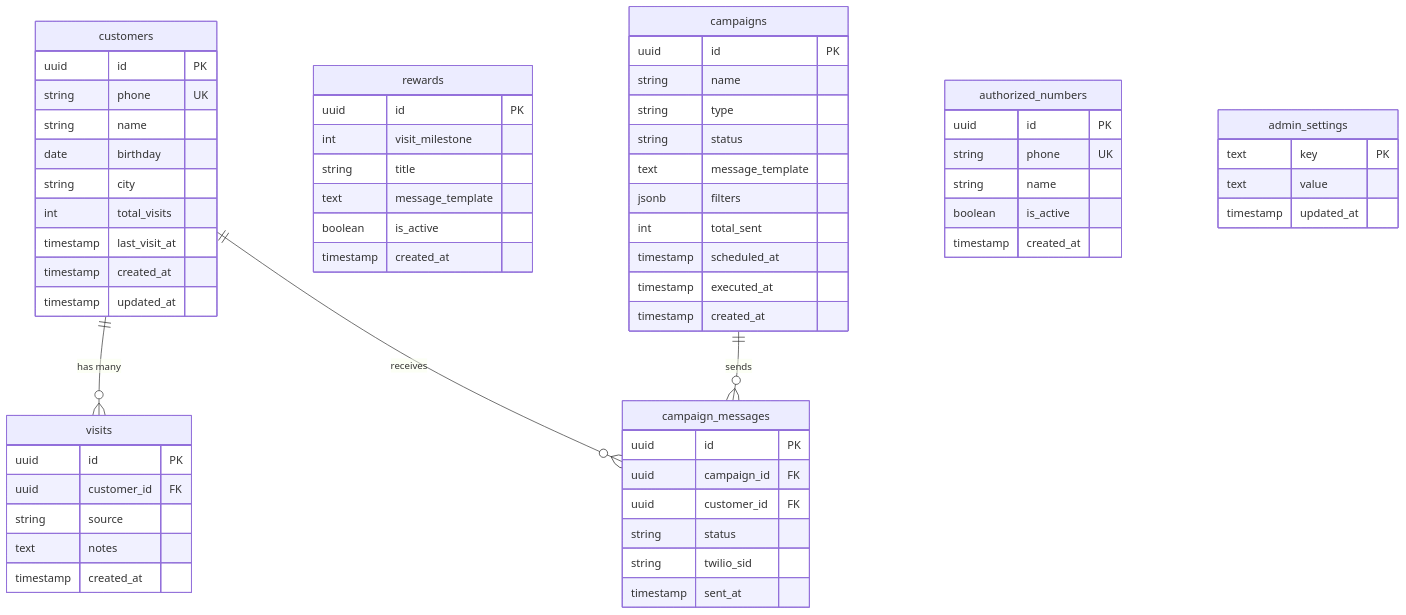
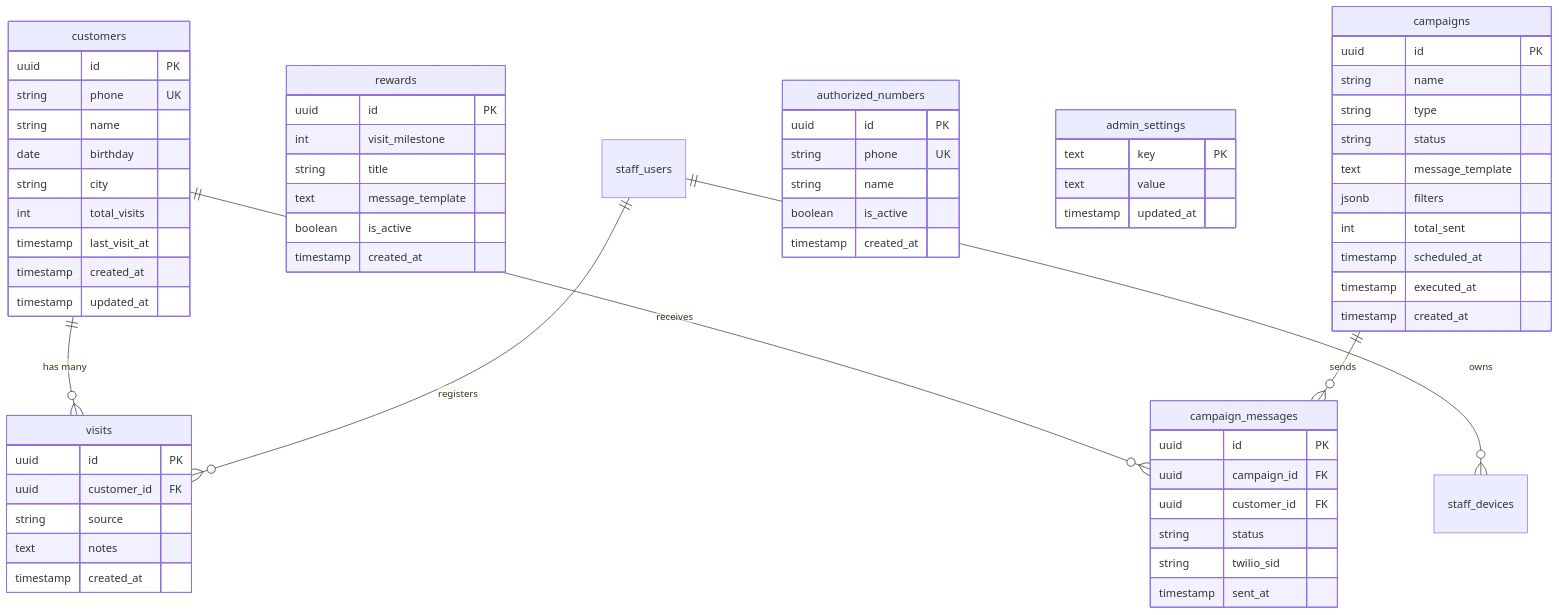
The diagram in docs/DB_SCHEMA.md (josemorenoso/SushiServiceFidelitySystem), drawn with Mermaid before and after one commit. The commit also changed other lines of this file and 28 other files, not shown here.

````diff
--- a/docs/DB_SCHEMA.md
+++ b/docs/DB_SCHEMA.md
@@ -10,74 +10,76 @@
 ```mermaid
 erDiagram
     %% Actualizar con cada nueva tabla
     %% Incluir relaciones FK
     
     customers {
         uuid id PK
         string phone UK
         string name
         date birthday
         string city
         int total_visits
         timestamp last_visit_at
         timestamp created_at
         timestamp updated_at
     }
 
     visits {
         uuid id PK
         uuid customer_id FK
         string source
         text notes
         timestamp created_at
     }
 
     rewards {
         uuid id PK
         int visit_milestone
         string title
         text message_template
         boolean is_active
         timestamp created_at
     }
 
     campaigns {
         uuid id PK
         string name
         string type
         string status
         text message_template
         jsonb filters
         int total_sent
         timestamp scheduled_at
         timestamp executed_at
         timestamp created_at
     }
 
     campaign_messages {
         uuid id PK
         uuid campaign_id FK
         uuid customer_id FK
         string status
         string twilio_sid
         timestamp sent_at
     }
 
     authorized_numbers {
         uuid id PK
         string phone UK
         string name
         boolean is_active
         timestamp created_at
     }
 
     admin_settings {
         text key PK
         text value
         timestamp updated_at
     }
 
     customers ||--o{ visits : "has many"
     customers ||--o{ campaign_messages : "receives"
     campaigns ||--o{ campaign_messages : "sends"
+    staff_users ||--o{ visits : "registers"
+    staff_users ||--o{ staff_devices : "owns"
 ```
````
